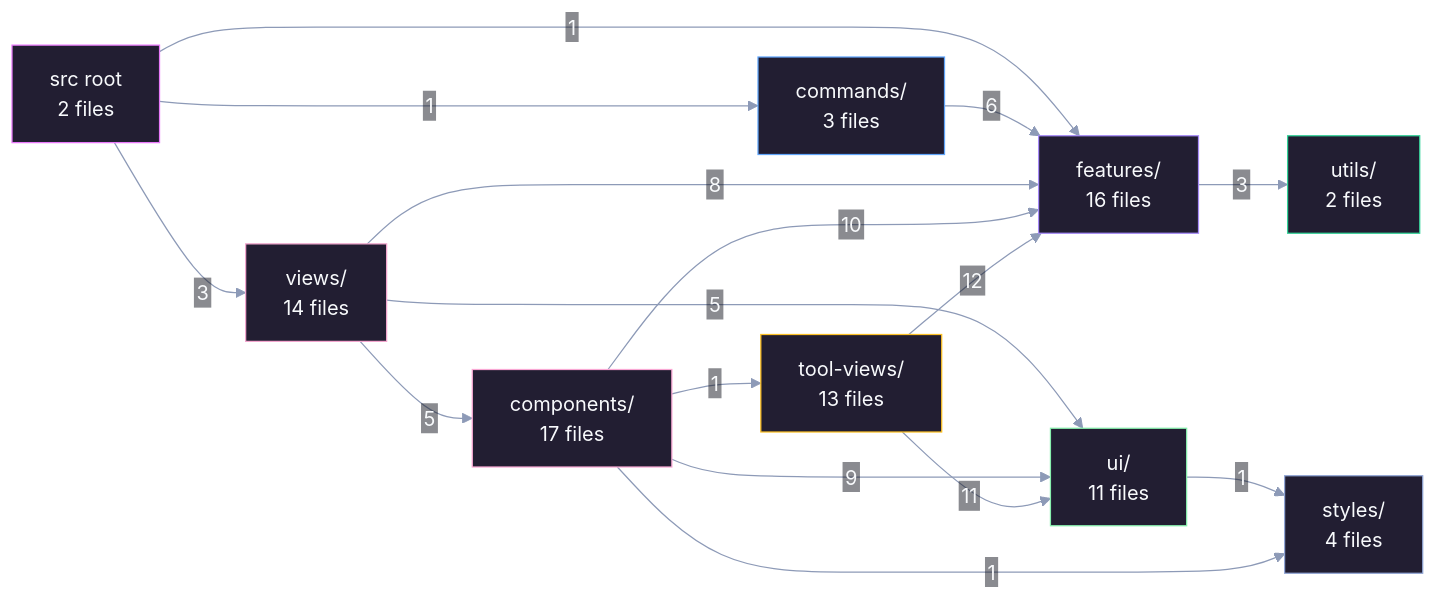
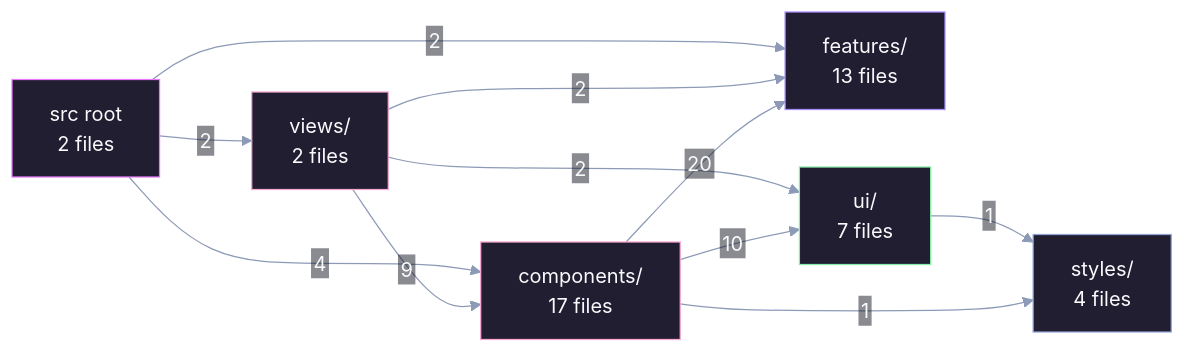
Before and after one commit to kernel4632/agent: the diagram in docs/frontend-target-cross.mmd, drawn with Mermaid. The commit also changed 7 other files, not shown here.

```diff
--- a/docs/frontend-target-cross.mmd
+++ b/docs/frontend-target-cross.mmd
@@ -1,44 +1,30 @@
-%%{init: {'theme':'base','themeVariables':{'fontFamily':'ui-monospace, monospace','fontSize':'16px','primaryColor':'#241c35','primaryBorderColor':'#b5a4d5','primaryTextColor':'#f8fafc','lineColor':'#8d9ab7','clusterBkg':'#151521','clusterBorder':'#60526d','edgeLabelBackground':'#171822'},'flowchart':{'htmlLabels':false,'useMaxWidth':true,'nodeSpacing':28,'rankSpacing':55}}}%%
+%%{init: {'theme':'base','themeVariables':{'fontFamily':'ui-monospace, monospace','fontSize':'16px','primaryColor':'#241c35','primaryBorderColor':'#b5a4d5','primaryTextColor':'#f8fafc','lineColor':'#8d9ab7','clusterBkg':'#151521','clusterBorder':'#60526d','edgeLabelBackground':'#171822'},'flowchart':{'htmlLabels':false,'useMaxWidth':true,'nodeSpacing':30,'rankSpacing':60}}}%%
 flowchart LR
   n_root["src root<br/>2 files"]
-  n_commands["commands/<br/>3 files"]
-  n_features["features/<br/>16 files"]
-  n_views["views/<br/>14 files"]
+  n_features["features/<br/>13 files"]
+  n_views["views/<br/>2 files"]
   n_components["components/<br/>17 files"]
-  n_tool_views["tool-views/<br/>13 files"]
-  n_ui["ui/<br/>11 files"]
+  n_ui["ui/<br/>7 files"]
   n_styles["styles/<br/>4 files"]
-  n_utils["utils/<br/>2 files"]
-  n_root -->|"1"| n_commands
-  n_root -->|"3"| n_views
-  n_root -->|"1"| n_features
-  n_commands -->|"6"| n_features
-  n_views -->|"5"| n_components
-  n_views -->|"8"| n_features
-  n_views -->|"5"| n_ui
-  n_components -->|"1"| n_tool_views
-  n_components -->|"10"| n_features
-  n_components -->|"9"| n_ui
-  n_tool_views -->|"12"| n_features
-  n_tool_views -->|"11"| n_ui
-  n_features -->|"3"| n_utils
+  n_root -->|"2"| n_views
+  n_root -->|"4"| n_components
+  n_root -->|"2"| n_features
+  n_views -->|"9"| n_components
+  n_views -->|"2"| n_features
+  n_views -->|"2"| n_ui
+  n_components -->|"20"| n_features
+  n_components -->|"10"| n_ui
   n_ui -->|"1"| n_styles
   n_components -->|"1"| n_styles
   classDef g_n_root fill:#221e32,stroke:#e879f9,color:#f8fafc
   class n_root g_n_root
-  classDef g_n_commands fill:#221e32,stroke:#60a5fa,color:#f8fafc
-  class n_commands g_n_commands
   classDef g_n_features fill:#221e32,stroke:#a78bfa,color:#f8fafc
   class n_features g_n_features
   classDef g_n_views fill:#221e32,stroke:#f3a6ce,color:#f8fafc
   class n_views g_n_views
   classDef g_n_components fill:#221e32,stroke:#f9a8d4,color:#f8fafc
   class n_components g_n_components
-  classDef g_n_tool_views fill:#221e32,stroke:#fbbf24,color:#f8fafc
-  class n_tool_views g_n_tool_views
   classDef g_n_ui fill:#221e32,stroke:#86efac,color:#f8fafc
   class n_ui g_n_ui
   classDef g_n_styles fill:#221e32,stroke:#91a5d5,color:#f8fafc
   class n_styles g_n_styles
-  classDef g_n_utils fill:#221e32,stroke:#34d399,color:#f8fafc
-  class n_utils g_n_utils
```
